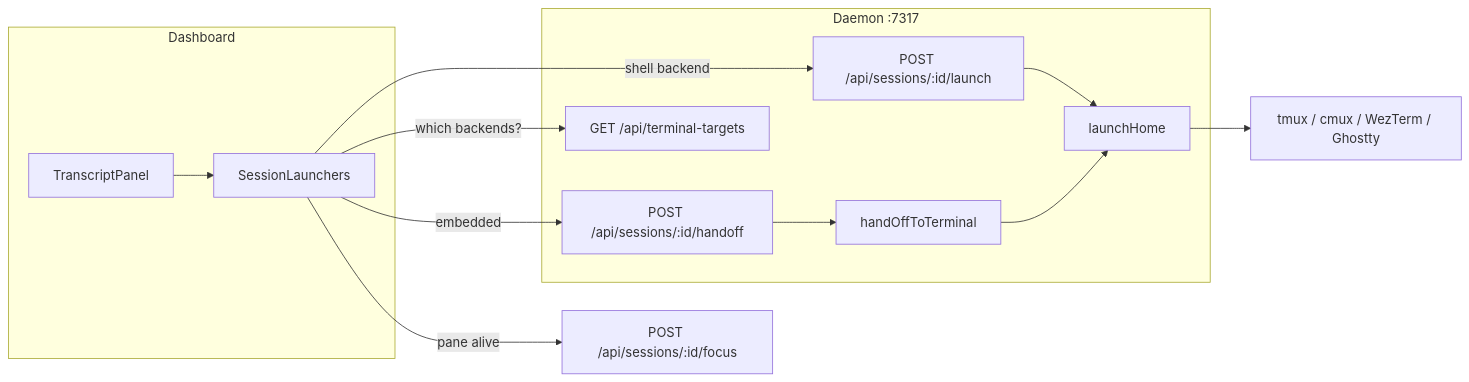
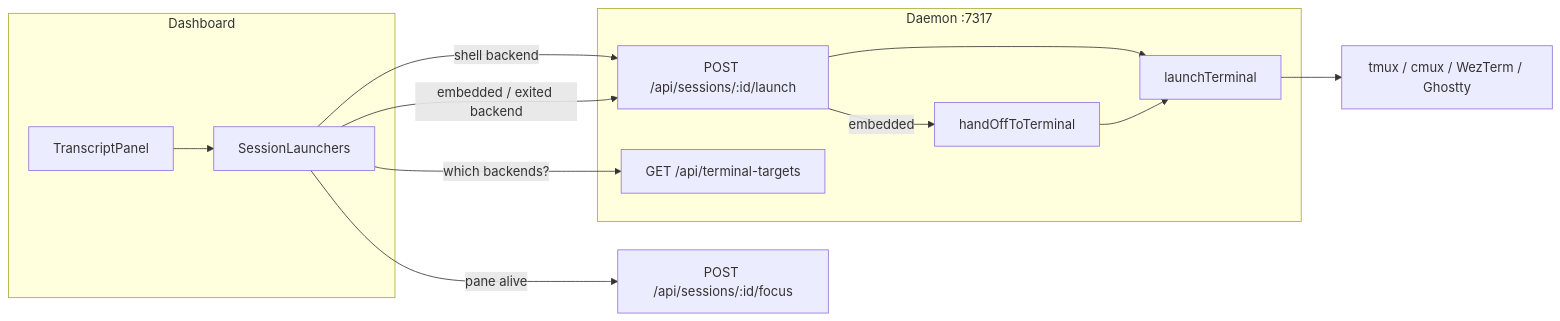
Before and after one commit to teamupstart/mission-control: the diagram in docs/plans/session-launchers/plan.md, drawn with Mermaid. The commit also changed other lines of this file and 11 other files, not shown here.

````diff
--- a/docs/plans/session-launchers/plan.md
+++ b/docs/plans/session-launchers/plan.md
@@ -210,21 +220,20 @@
 ```mermaid
 flowchart LR
   subgraph browser[Dashboard]
     T[TranscriptPanel] --> L[SessionLaunchers]
   end
   subgraph daemon[Daemon :7317]
     R[POST /api/sessions/:id/launch]
-    O[POST /api/sessions/:id/handoff]
     V[GET /api/terminal-targets]
-    H[launchHome]
+    H[launchTerminal]
     HR[handOffToTerminal]
   end
   L -- which backends? --> V
   L -- shell backend --> R
   L -- pane alive --> F[POST /api/sessions/:id/focus]
-  L -- embedded --> O
-  O --> HR
+  L -- embedded / exited backend --> R
+  R -- embedded --> HR
   R --> H
   HR --> H
   H --> TB[tmux / cmux / WezTerm / Ghostty]
 ```
````
